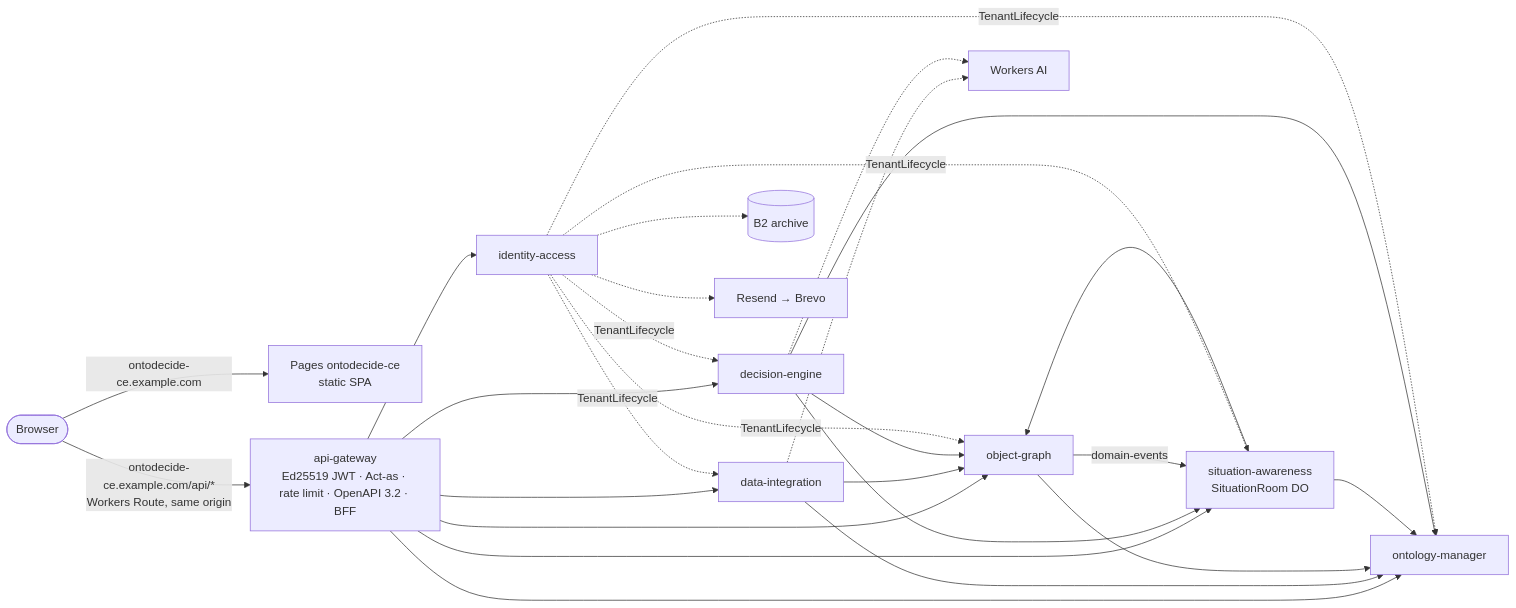
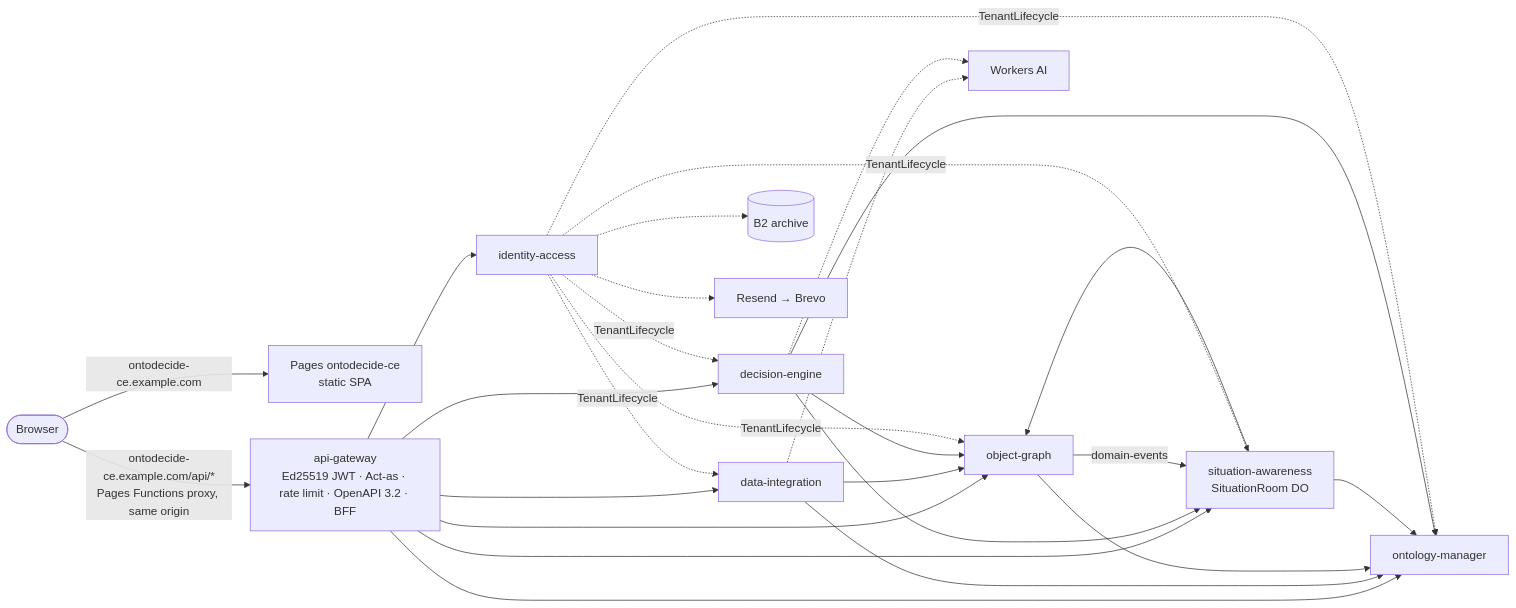
One commit to venslupro/ontodecide-ce changed the diagram in README.md. Above: the diagram before and after it, drawn with Mermaid. The commit also changed other lines of this file and 17 other files, not shown here.

````diff
--- a/README.md
+++ b/README.md
@@ -19,25 +19,25 @@
 ```mermaid
 flowchart LR
   B([Browser]) -->|ontodecide-ce.example.com| P[Pages ontodecide-ce<br/>static SPA]
-  B -->|ontodecide-ce.example.com/api/*<br/>Workers Route, same origin| G[api-gateway<br/>Ed25519 JWT · Act-as · rate limit · OpenAPI 3.2 · BFF]
+  B -->|ontodecide-ce.example.com/api/*<br/>Pages Functions proxy, same origin| G[api-gateway<br/>Ed25519 JWT · Act-as · rate limit · OpenAPI 3.2 · BFF]
   G --> I[identity-access]
   G --> O[ontology-manager]
   G --> D[data-integration]
   G --> OG[object-graph]
   G --> S[situation-awareness<br/>SituationRoom DO]
   G --> DE[decision-engine]
   D --> O
   D --> OG
   OG --> O
   S --> OG
   S --> O
   DE --> OG
   DE --> S
   DE --> O
   OG -- domain-events --> S
   I -. TenantLifecycle .-> O & D & OG & S & DE
   I -.-> B2[(B2 archive)]
   I -.-> M[Resend → Brevo]
   D -.-> AI[Workers AI]
   DE -.-> AI
 ```
````
